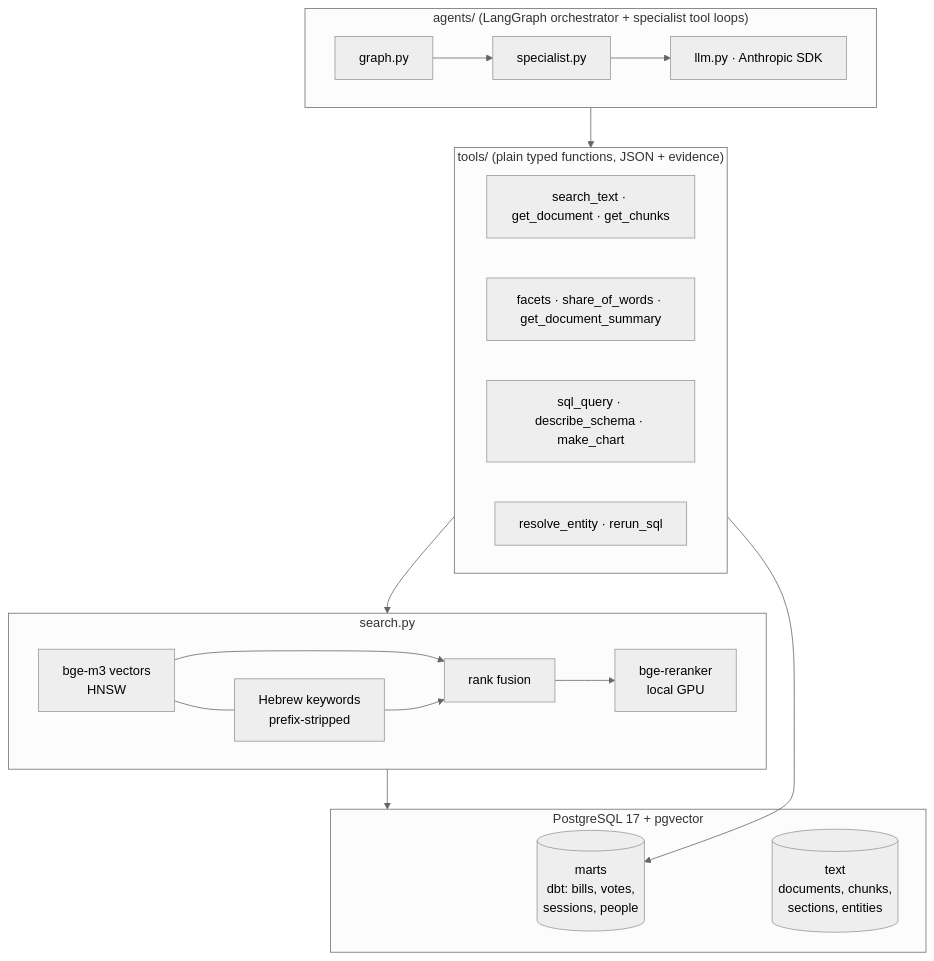
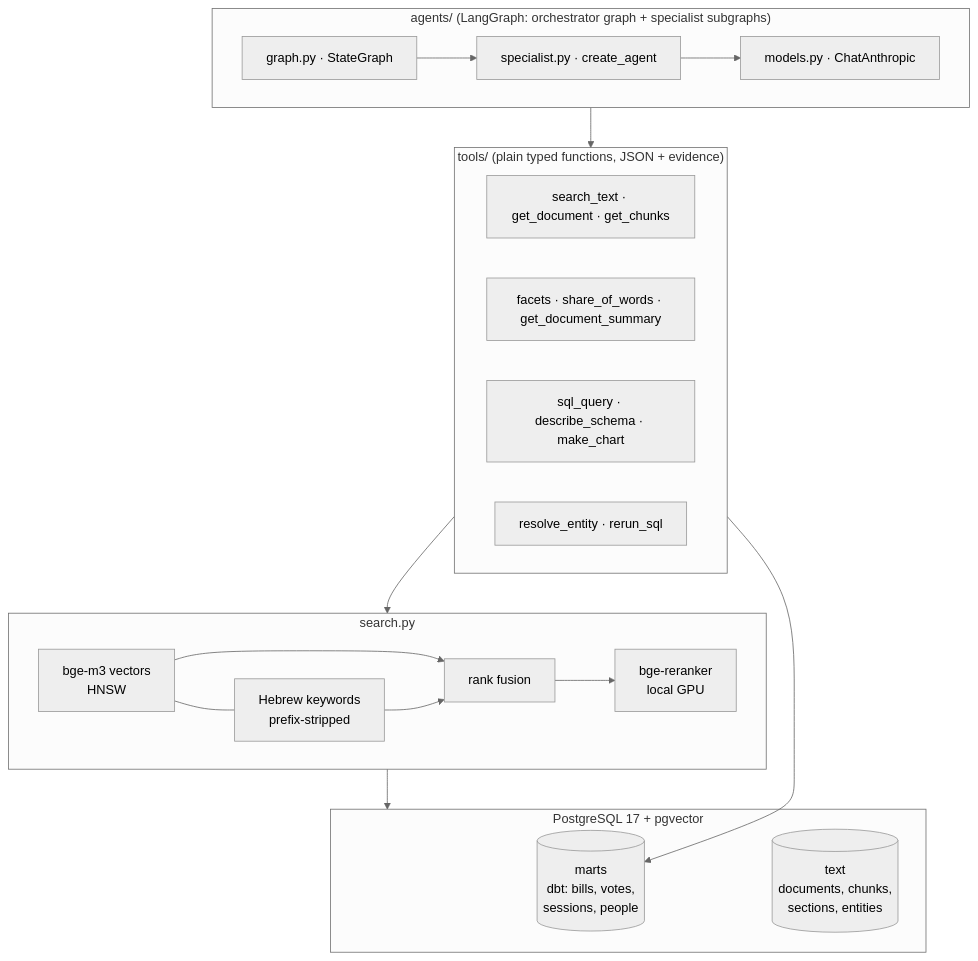
One commit to ChenPortsia/knesset_analyst_agent changed the second of 2 diagrams in docs/architecture.md. Above: the diagram before and after it, drawn with Mermaid (neutral theme). The commit also changed other lines of this file and 14 other files, not shown here.

First line of the commit message:
Agents on LangGraph: specialist subgraphs, Send, interrupt, checkpointer, Store

````diff
--- a/docs/architecture.md
+++ b/docs/architecture.md
@@ -31,22 +31,22 @@
 ```mermaid
 flowchart TB
-    subgraph Agents["agents/ (LangGraph orchestrator + specialist tool loops)"]
-      G[graph.py] --> SP[specialist.py] --> L[llm.py · Anthropic SDK]
+    subgraph Agents["agents/ (LangGraph: orchestrator graph + specialist subgraphs)"]
+      G[graph.py · StateGraph] --> SP[specialist.py · create_agent] --> L[models.py · ChatAnthropic]
     end
     subgraph Tools["tools/ (plain typed functions, JSON + evidence)"]
       T1[search_text · get_document · get_chunks]
       T2[facets · share_of_words · get_document_summary]
       T3[sql_query · describe_schema · make_chart]
       T4[resolve_entity · rerun_sql]
     end
     subgraph Retrieval["search.py"]
       VEC[bge-m3 vectors<br/>HNSW] --- KW[Hebrew keywords<br/>prefix-stripped]
       VEC & KW --> RRF[rank fusion] --> RR[bge-reranker<br/>local GPU]
     end
     subgraph Data["PostgreSQL 17 + pgvector"]
       M[(marts<br/>dbt: bills, votes,<br/>sessions, people)]
       TX[(text<br/>documents, chunks,<br/>sections, entities)]
     end
     Agents --> Tools --> Retrieval --> Data
     Tools --> M
 ```
````
